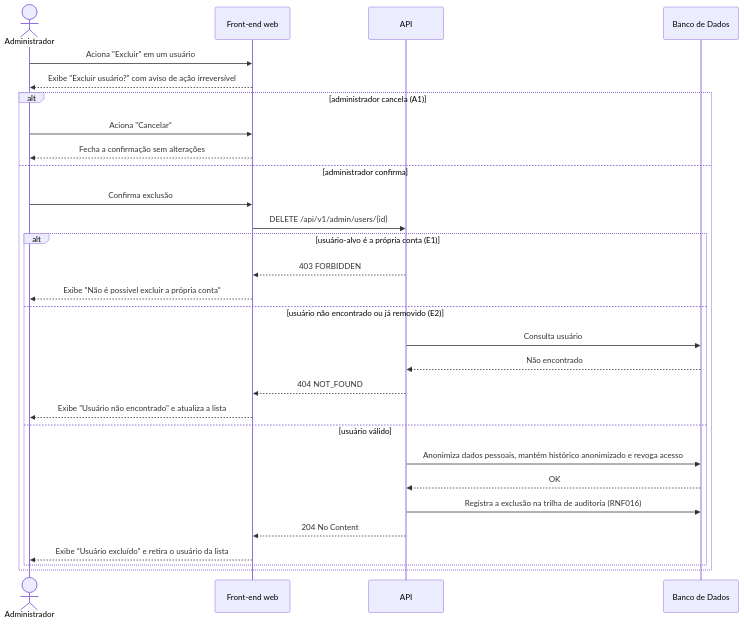
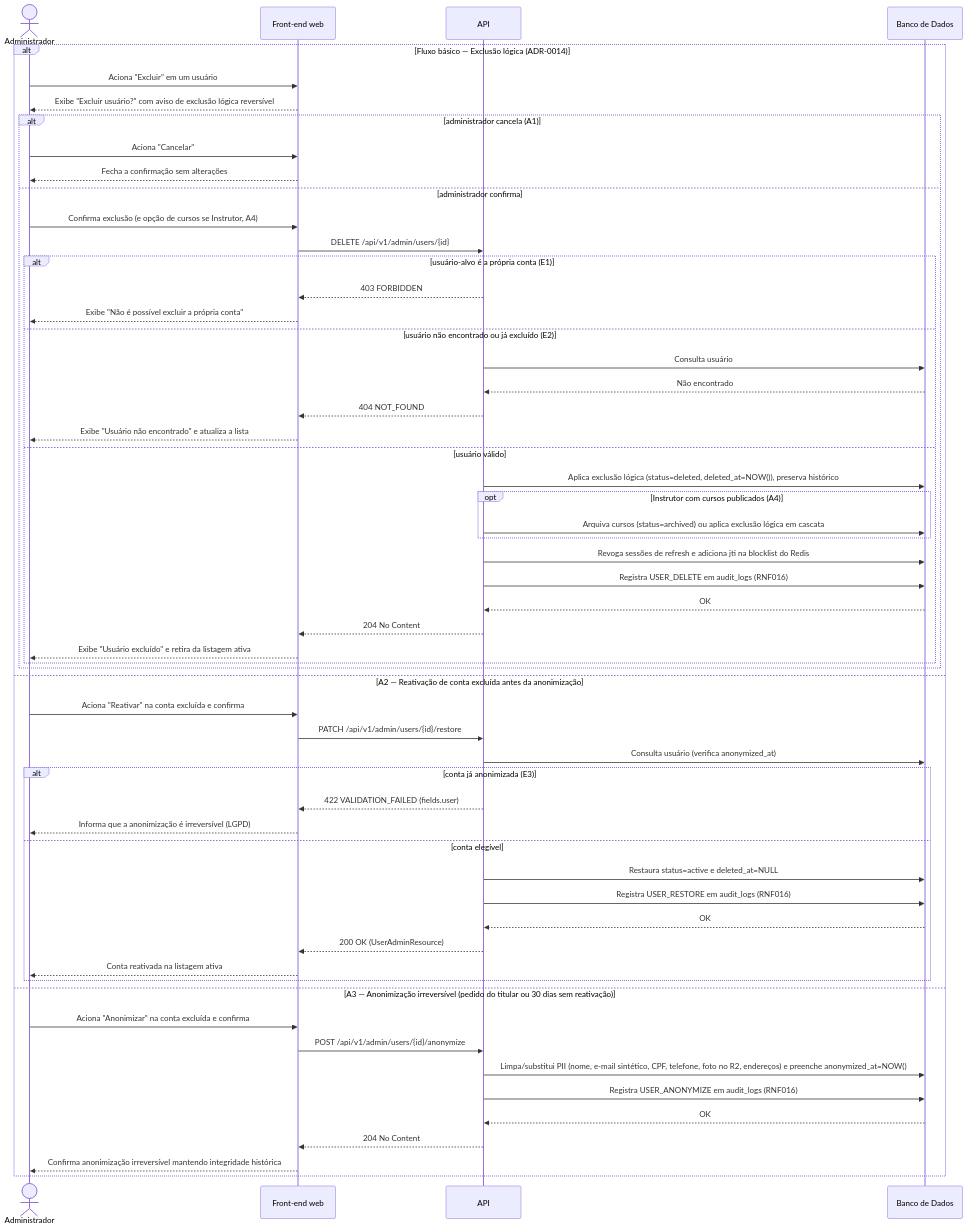
Before and after one commit to Plataforma-de-Cursos-TCC/plataforma-cursos-docs: the diagram in docs/ssd/UC018-excluir-e-anonimizar-usuario.md, drawn with Mermaid. The commit also changed other lines of this file and 30 other files, not shown here.

First line of the commit message:
fix(area-d): fix audit log key, tutor flow, admin boundary and LGPD retention

````diff
--- a/docs/ssd/UC018-excluir-e-anonimizar-usuario.md
+++ b/docs/ssd/UC018-excluir-e-anonimizar-usuario.md
@@ -5,32 +5,60 @@
 ```mermaid
 sequenceDiagram
     actor Administrador
     participant FE as Front-end web
     participant API
     participant DB as Banco de Dados
 
-    Administrador->>FE: Aciona "Excluir" em um usuário
-    FE-->>Administrador: Exibe "Excluir usuário?" com aviso de ação irreversível
-    alt administrador cancela (A1)
-        Administrador->>FE: Aciona "Cancelar"
-        FE-->>Administrador: Fecha a confirmação sem alterações
-    else administrador confirma
-        Administrador->>FE: Confirma exclusão
-        FE->>API: DELETE /api/v1/admin/users/{id}
-        alt usuário-alvo é a própria conta (E1)
-            API-->>FE: 403 FORBIDDEN
-            FE-->>Administrador: Exibe "Não é possível excluir a própria conta"
-        else usuário não encontrado ou já removido (E2)
-            API->>DB: Consulta usuário
-            DB-->>API: Não encontrado
-            API-->>FE: 404 NOT_FOUND
-            FE-->>Administrador: Exibe "Usuário não encontrado" e atualiza a lista
-        else usuário válido
-            API->>DB: Anonimiza dados pessoais, mantém histórico anonimizado e revoga acesso
+    alt Fluxo básico — Exclusão lógica (ADR-0014)
+        Administrador->>FE: Aciona "Excluir" em um usuário
+        FE-->>Administrador: Exibe "Excluir usuário?" com aviso de exclusão lógica reversível
+        alt administrador cancela (A1)
+            Administrador->>FE: Aciona "Cancelar"
+            FE-->>Administrador: Fecha a confirmação sem alterações
+        else administrador confirma
+            Administrador->>FE: Confirma exclusão (e opção de cursos se Instrutor, A4)
+            FE->>API: DELETE /api/v1/admin/users/{id}
+            alt usuário-alvo é a própria conta (E1)
+                API-->>FE: 403 FORBIDDEN
+                FE-->>Administrador: Exibe "Não é possível excluir a própria conta"
+            else usuário não encontrado ou já excluído (E2)
+                API->>DB: Consulta usuário
+                DB-->>API: Não encontrado
+                API-->>FE: 404 NOT_FOUND
+                FE-->>Administrador: Exibe "Usuário não encontrado" e atualiza a lista
+            else usuário válido
+                API->>DB: Aplica exclusão lógica (status=deleted, deleted_at=NOW()), preserva histórico
+                opt Instrutor com cursos publicados (A4)
+                    API->>DB: Arquiva cursos (status=archived) ou aplica exclusão lógica em cascata
+                end
+                API->>DB: Revoga sessões de refresh e adiciona jti na blocklist do Redis
+                API->>DB: Registra USER_DELETE em audit_logs (RNF016)
+                DB-->>API: OK
+                API-->>FE: 204 No Content
+                FE-->>Administrador: Exibe "Usuário excluído" e retira da listagem ativa
+            end
+        end
+    else A2 — Reativação de conta excluída antes da anonimização
+        Administrador->>FE: Aciona "Reativar" na conta excluída e confirma
+        FE->>API: PATCH /api/v1/admin/users/{id}/restore
+        API->>DB: Consulta usuário (verifica anonymized_at)
+        alt conta já anonimizada (E3)
+            API-->>FE: 422 VALIDATION_FAILED (fields.user)
+            FE-->>Administrador: Informa que a anonimização é irreversível (LGPD)
+        else conta elegível
+            API->>DB: Restaura status=active e deleted_at=NULL
+            API->>DB: Registra USER_RESTORE em audit_logs (RNF016)
             DB-->>API: OK
-            API->>DB: Registra a exclusão na trilha de auditoria (RNF016)
-            API-->>FE: 204 No Content
-            FE-->>Administrador: Exibe "Usuário excluído" e retira o usuário da lista
+            API-->>FE: 200 OK (UserAdminResource)
+            FE-->>Administrador: Conta reativada na listagem ativa
         end
+    else A3 — Anonimização irreversível (pedido do titular ou 30 dias sem reativação)
+        Administrador->>FE: Aciona "Anonimizar" na conta excluída e confirma
+        FE->>API: POST /api/v1/admin/users/{id}/anonymize
+        API->>DB: Limpa/substitui PII (nome, e-mail sintético, CPF, telefone, foto no R2, endereços) e preenche anonymized_at=NOW()
+        API->>DB: Registra USER_ANONYMIZE em audit_logs (RNF016)
+        DB-->>API: OK
+        API-->>FE: 204 No Content
+        FE-->>Administrador: Confirma anonimização irreversível mantendo integridade histórica
     end
 ```
````
